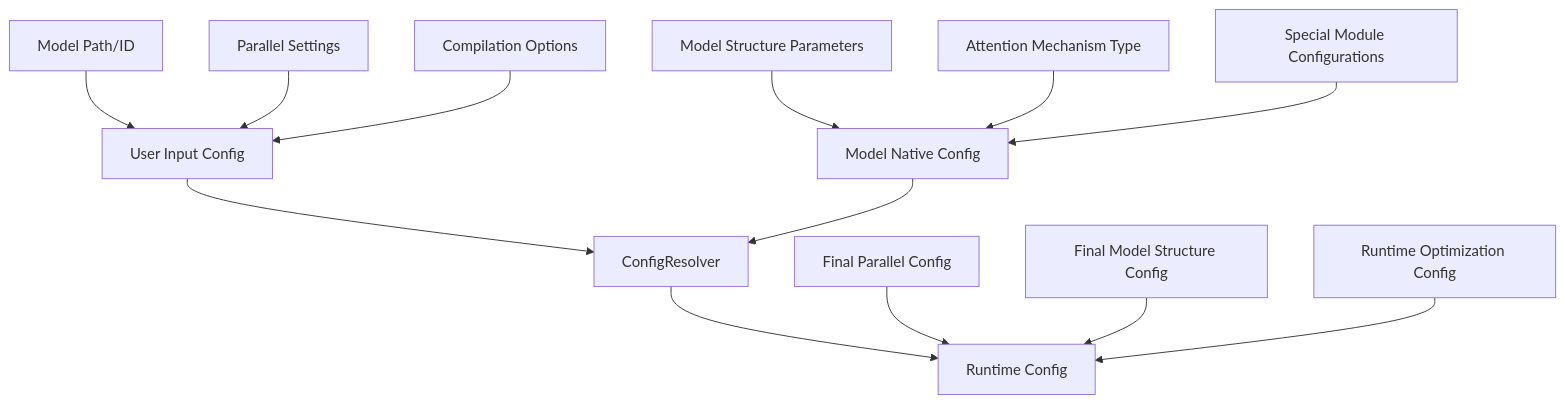
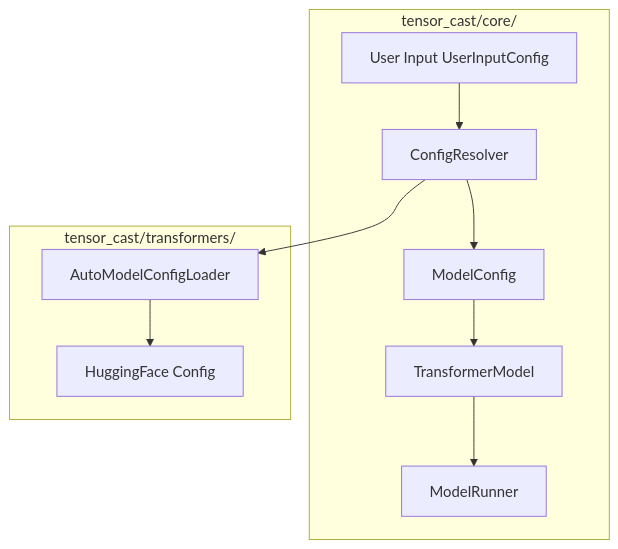
Before and after one commit to Cztk5380/msmodeling: the first of 4 diagrams in docs/RFC/rfc_general_model_config_loader_en.md, drawn with Mermaid. The commit also changed other lines of this file, not shown here.

````diff
--- a/docs/RFC/rfc_general_model_config_loader_en.md
+++ b/docs/RFC/rfc_general_model_config_loader_en.md
@@ -26,15 +27,22 @@
 ```mermaid
 graph TD
-    A[User Input Config] --> C[ConfigResolver]
-    B[Model Native Config] --> C
-    C --> D[Runtime Config]
-    A1[Model Path/ID] --> A
-    A3[Parallel Settings] --> A
-    A4[Compilation Options] --> A
-    B1[Model Structure Parameters] --> B
-    B2[Attention Mechanism Type] --> B
-    B3[Special Module Configurations] --> B
-    D2[Final Parallel Config] --> D
-    D3[Final Model Structure Config] --> D
-    D4[Runtime Optimization Config] --> D
+    A[User Input UserInputConfig] --> B[ConfigResolver]
+    B --> C[ModelConfig]
+    C --> D[TransformerModel]
+    D --> E[ModelRunner]
+    B --> F[AutoModelConfigLoader]
+    F --> G[HuggingFace Config]
+    
+    subgraph "tensor_cast/core/"
+        A
+        B
+        C
+        D
+        E
+    end
+    
+    subgraph "tensor_cast/transformers/"
+        F
+        G
+    end
 ```
````
